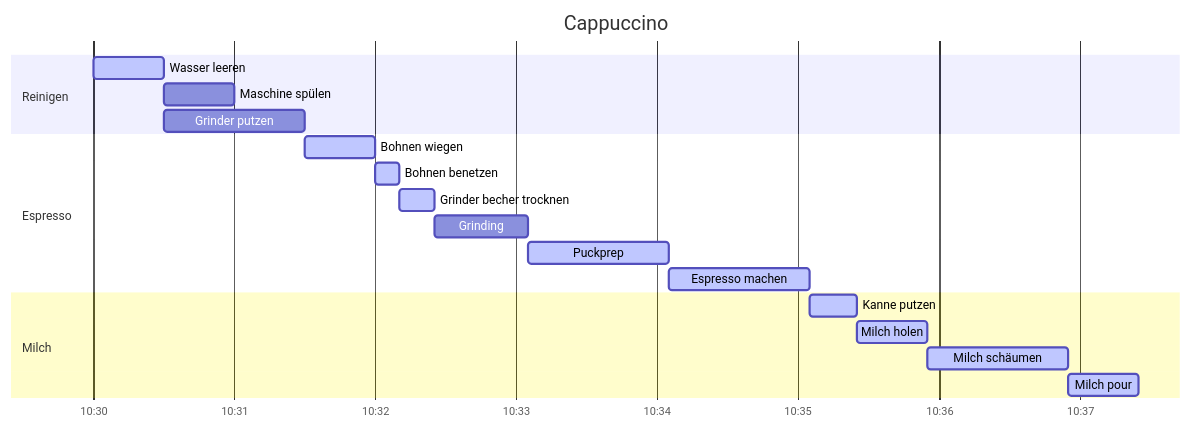
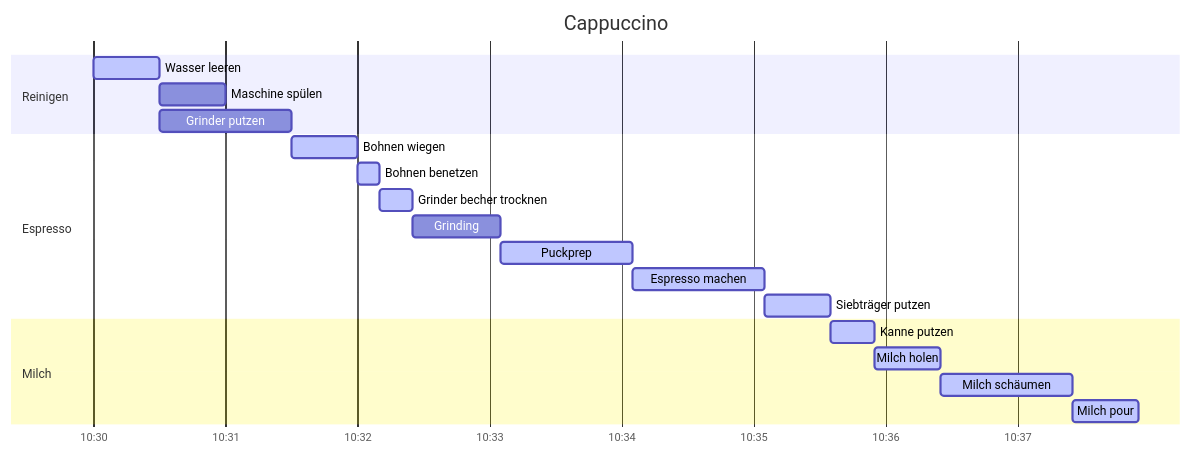
One commit to roastpiece/menus changed the diagram in coffeee.md. Above: the diagram before and after it, drawn with Mermaid.

Commit message:
update cappucccino

````diff
--- a/coffeee.md
+++ b/coffeee.md
@@ -1,27 +1,28 @@
 ```mermaid
 gantt
     title Cappuccino
     dateFormat HH:mm
     axisFormat %H:%M
     tickInterval 1minute
 
     section Reinigen
     Wasser leeren :active, wasserleer, 10:30, 30s 
     Maschine spülen :spulen, after wasserleer, 30s
     Grinder putzen :grinderputz, after wasserleer, 1m 
 
     section Espresso
     Bohnen wiegen :active, bohnwieg, after grinderputz, 30s
     Bohnen benetzen :active, bohnnetz, after bohnwieg, 10s
     Grinder becher trocknen :active, grindbechtrock, after bohnnetz, 15s
     Grinding :grinding, after grindbechtrock, 40s
 
     Puckprep :active, puckprep, after grinding, 1m
     Espresso machen :active, espresso, after puckprep, 1m
+    Siebträger putzen :active, siebputz, after espresso, 30s
 
     section Milch
-    Kanne putzen :active, kanneputz, after espresso, 20s
+    Kanne putzen :active, kanneputz, after siebputz, 20s
     Milch holen :active, holmilch, after kanneputz, 30s
     Milch schäumen :active, milchschaum, after holmilch, 60s
     Milch pour :active, milchschenk, after milchschaum, 30s
 ```
````
